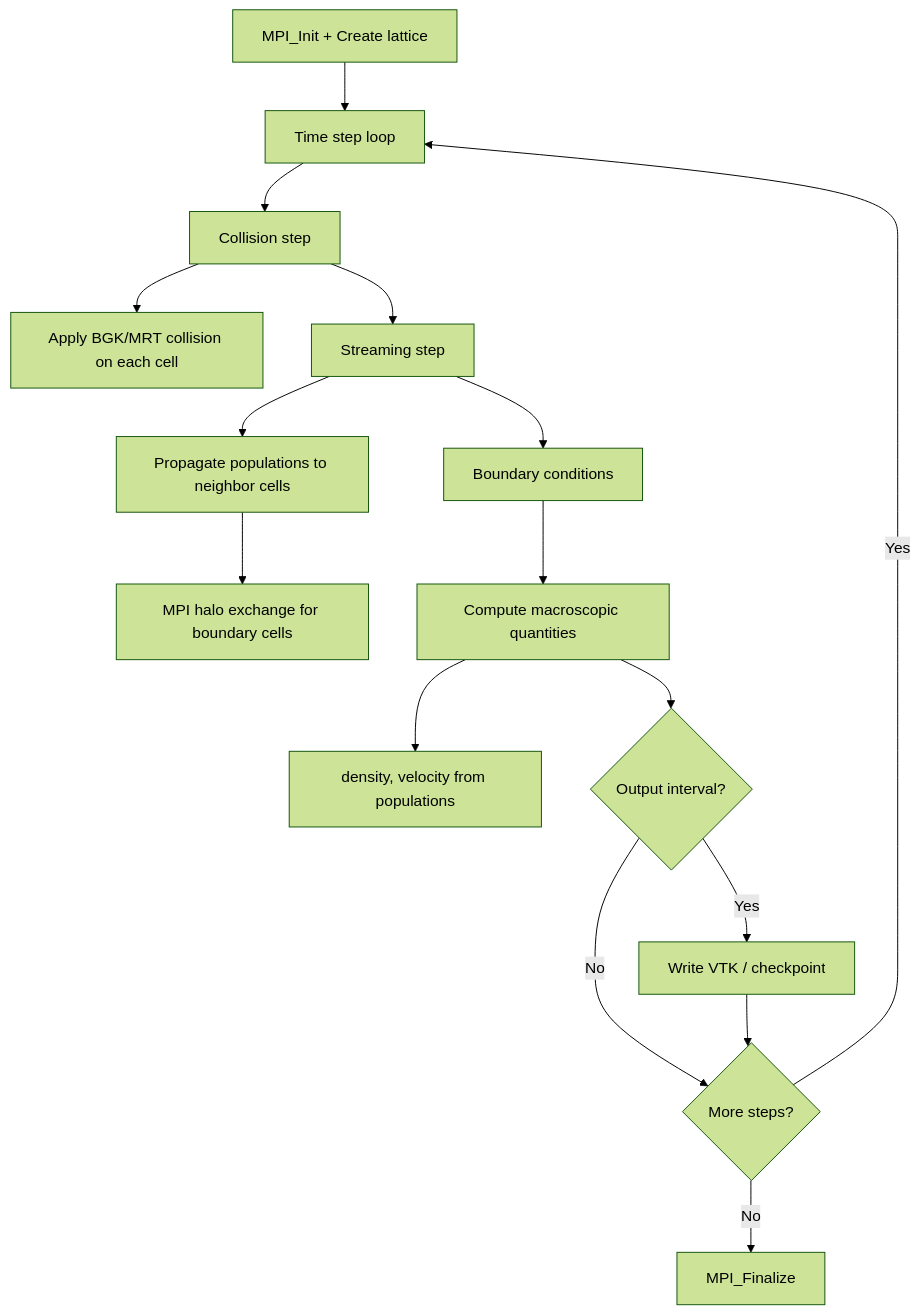
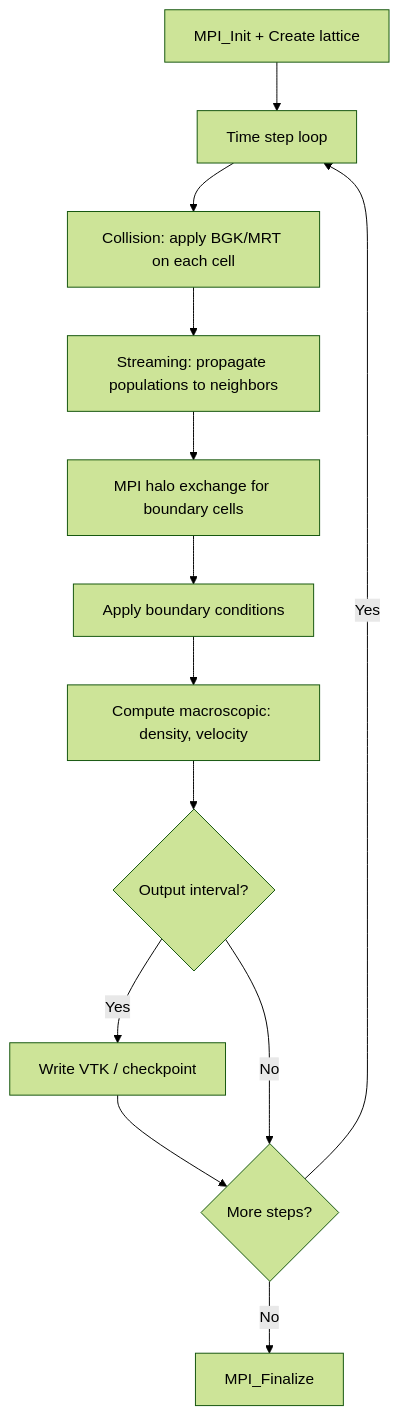
Before and after one commit to ngduchai/guard-agent: the diagram in tests/apps/docs/Palabos/computation_flow.md, drawn with Mermaid (forest theme). The commit also changed other lines of this file and 19 other files, not shown here.

First line of the commit message:
docs: fix all computation flow diagrams and add output comparison guide

````diff
--- a/tests/apps/docs/Palabos/computation_flow.md
+++ b/tests/apps/docs/Palabos/computation_flow.md
@@ -7,18 +8,15 @@
 ```mermaid
 flowchart TD
     A[MPI_Init + Create lattice] --> B[Time step loop]
-    B --> C[Collision step]
-    C --> C1[Apply BGK/MRT collision on each cell]
-    C --> D[Streaming step]
-    D --> D1[Propagate populations to neighbor cells]
-    D1 --> D2[MPI halo exchange for boundary cells]
-    D --> E[Boundary conditions]
-    E --> F[Compute macroscopic quantities]
-    F --> F1[density, velocity from populations]
+    B --> C["Collision: apply BGK/MRT on each cell"]
+    C --> D["Streaming: propagate populations to neighbors"]
+    D --> D2["MPI halo exchange for boundary cells"]
+    D2 --> E[Apply boundary conditions]
+    E --> F["Compute macroscopic: density, velocity"]
     F --> G{Output interval?}
     G -->|Yes| H[Write VTK / checkpoint]
-    G -->|No| I{More steps?}
-    H --> I
+    H --> I{More steps?}
+    G -->|No| I
     I -->|Yes| B
     I -->|No| J[MPI_Finalize]
 ```
````
